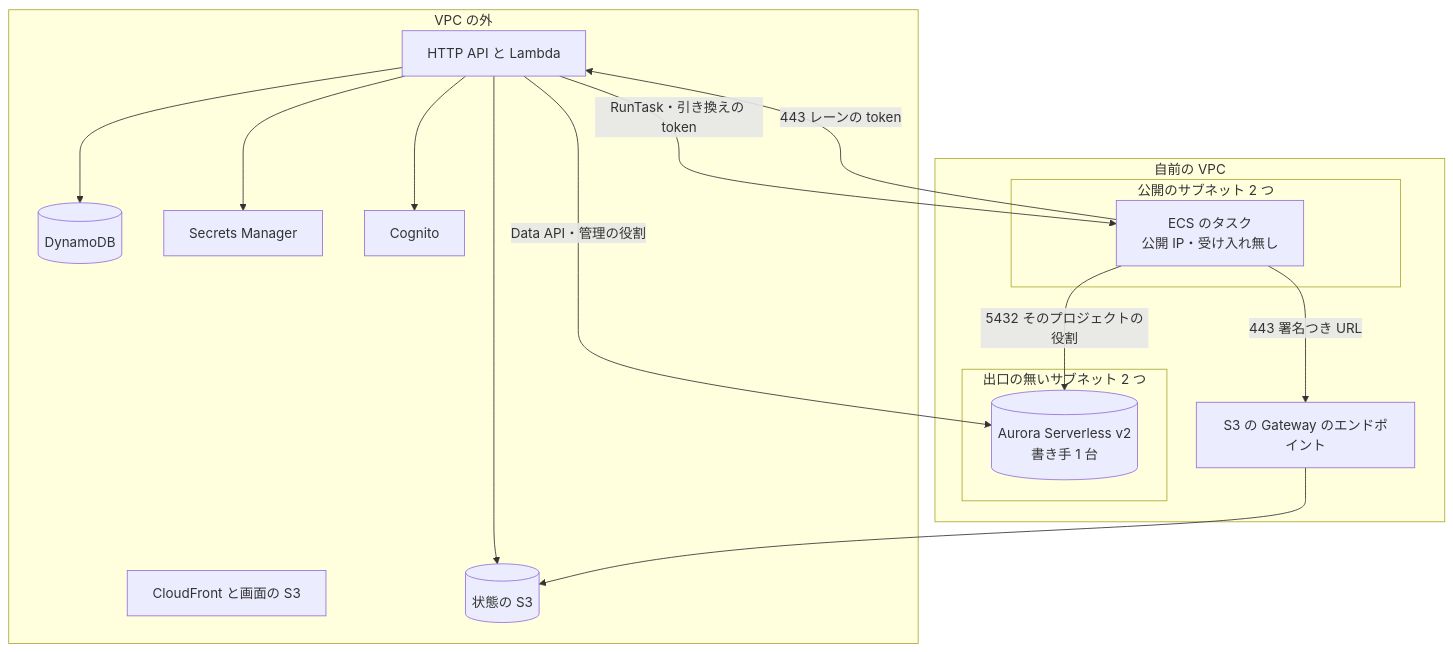
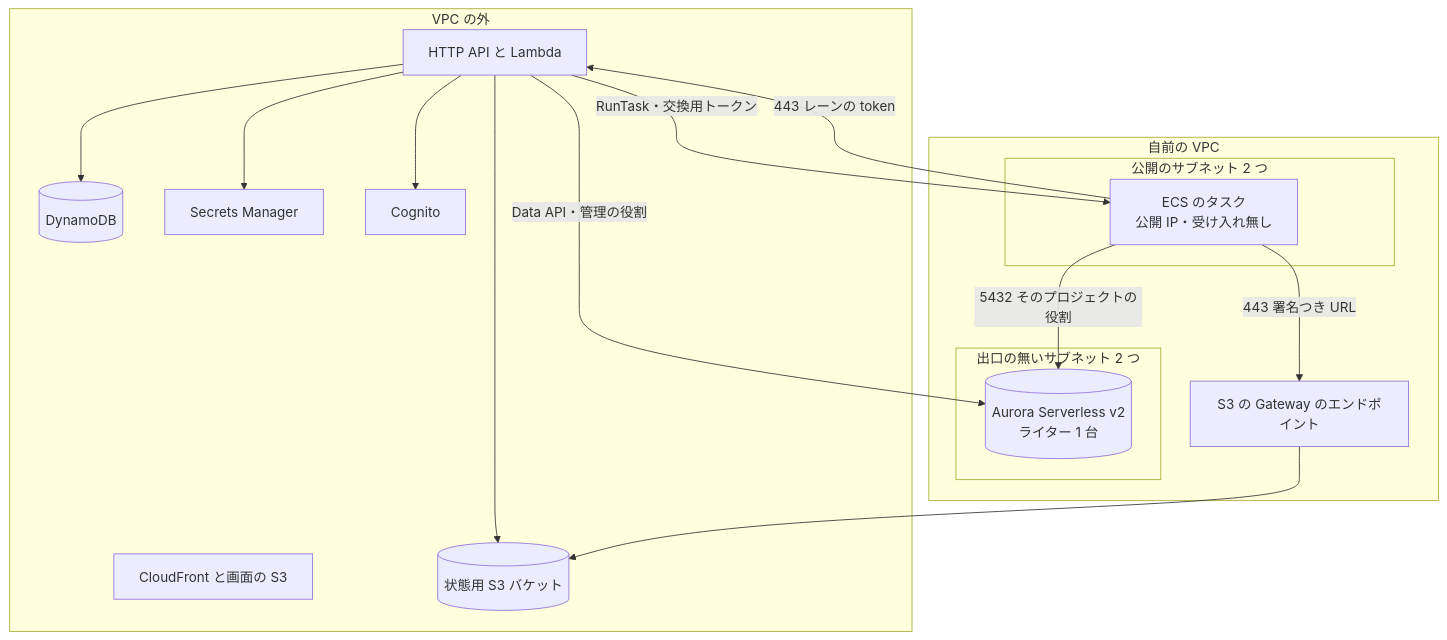
Before and after one commit to devbasex/nd-factory: the third of 3 diagrams in docs/design/platform.md, drawn with Mermaid. The commit also changed other lines of this file and 114 other files, not shown here.

````diff
--- a/docs/design/platform.md
+++ b/docs/design/platform.md
@@ -155,30 +155,30 @@
 ```mermaid
 graph TD
     subgraph OUT[VPC の外]
         CF[CloudFront と画面の S3]
         GW[HTTP API と Lambda]
         D[(DynamoDB)]
-        S[(状態の S3)]
+        S[(状態用 S3 バケット)]
         SM[Secrets Manager]
         CG[Cognito]
     end
     subgraph VPC[自前の VPC]
         subgraph PUB[公開のサブネット 2 つ]
             T["ECS のタスク<br/>公開 IP・受け入れ無し"]
         end
         subgraph PRIV[出口の無いサブネット 2 つ]
-            A[("Aurora Serverless v2<br/>書き手 1 台")]
+            A[("Aurora Serverless v2<br/>ライター 1 台")]
         end
         E[S3 の Gateway のエンドポイント]
     end
     GW --> D
     GW --> S
     GW --> SM
     GW --> CG
-    GW -->|RunTask・引き換えの token| T
+    GW -->|RunTask・交換用トークン| T
     GW -->|Data API・管理の役割| A
     T -->|443 レーンの token| GW
     T -->|5432 そのプロジェクトの役割| A
     T -->|443 署名つき URL| E
     E --> S
 ```
````
